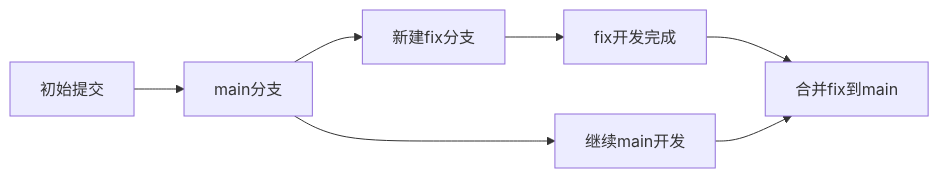
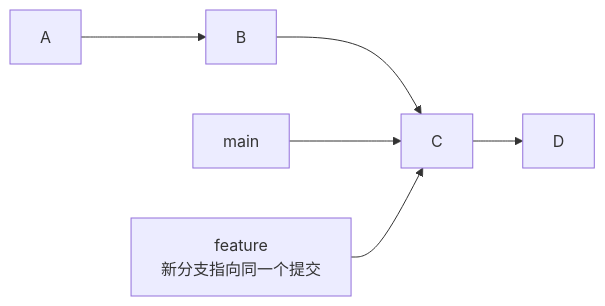
One commit to before80/prgms changed the first of 6 diagrams in content/linux/version_ctrl/Chapter-56-Git-Advanced.md. Above: the diagram before and after it, drawn with Mermaid. The commit also changed other lines of this file and 1645 other files, not shown here.

````diff
--- a/content/linux/version_ctrl/Chapter-56-Git-Advanced.md
+++ b/content/linux/version_ctrl/Chapter-56-Git-Advanced.md
@@ -27,9 +22,7 @@
 ```mermaid
 graph LR
-    A[初始提交] --> B[main分支]
-    B --> C[新建fix分支]
-    B --> D[继续main开发]
-    C --> E[fix开发完成]
-    E --> F[合并fix到main]
-    D --> F
+    A["A"] --> B["B"] --> C["C"]
+    C --> D["D"]
+    M["main"] --> C
+    F["feature<br>新分支指向同一个提交"] --> C
 ```
````
